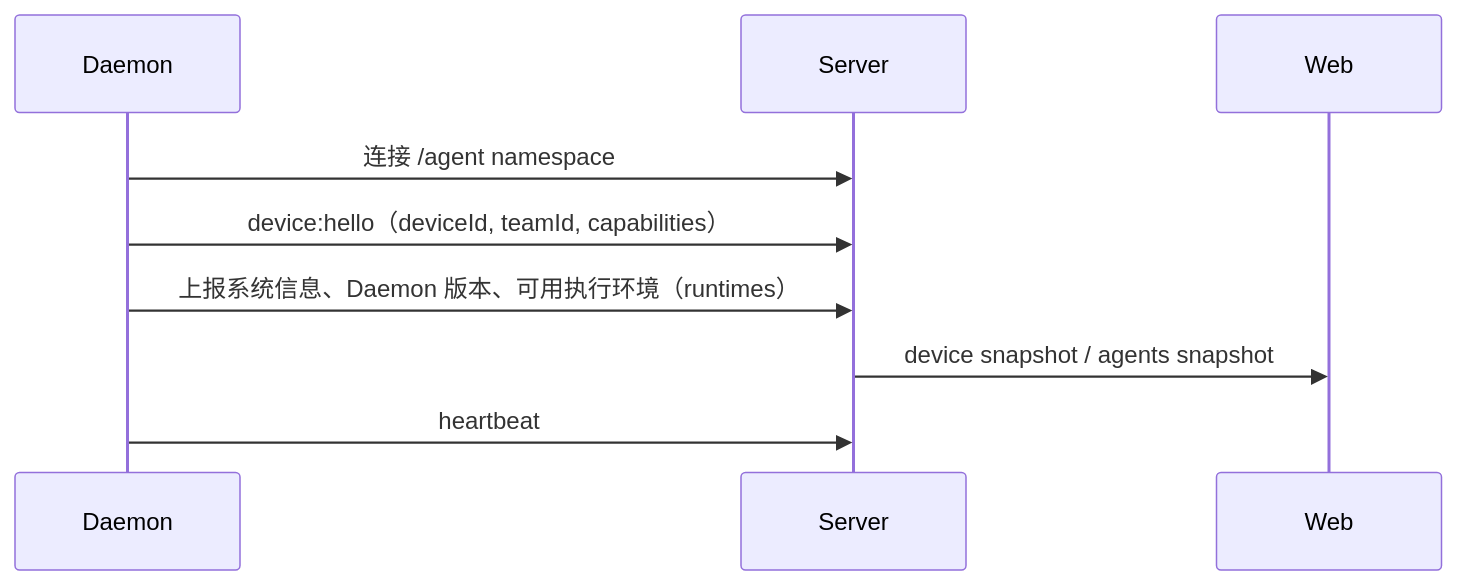
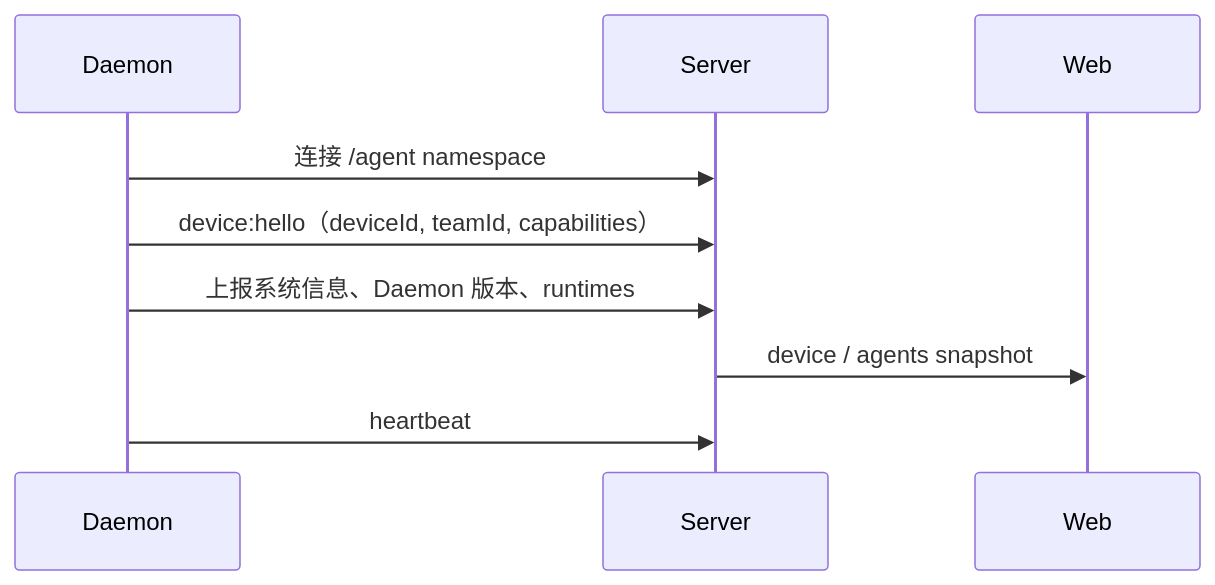
The second of 5 diagrams in README.md (xiaojichao/agentbean), drawn with Mermaid before and after one commit. The commit also changed other lines of this file and 1 other file, not shown here.

````diff
--- a/README.md
+++ b/README.md
@@ -140,12 +207,12 @@
 ```mermaid
 sequenceDiagram
   participant D as Daemon
   participant S as Server
   participant W as Web
 
   D->>S: 连接 /agent namespace
   D->>S: device:hello（deviceId, teamId, capabilities）
-  D->>S: 上报系统信息、Daemon 版本、可用执行环境（runtimes）
-  S->>W: device snapshot / agents snapshot
+  D->>S: 上报系统信息、Daemon 版本、runtimes
+  S->>W: device / agents snapshot
   D->>S: heartbeat
 ```
````
